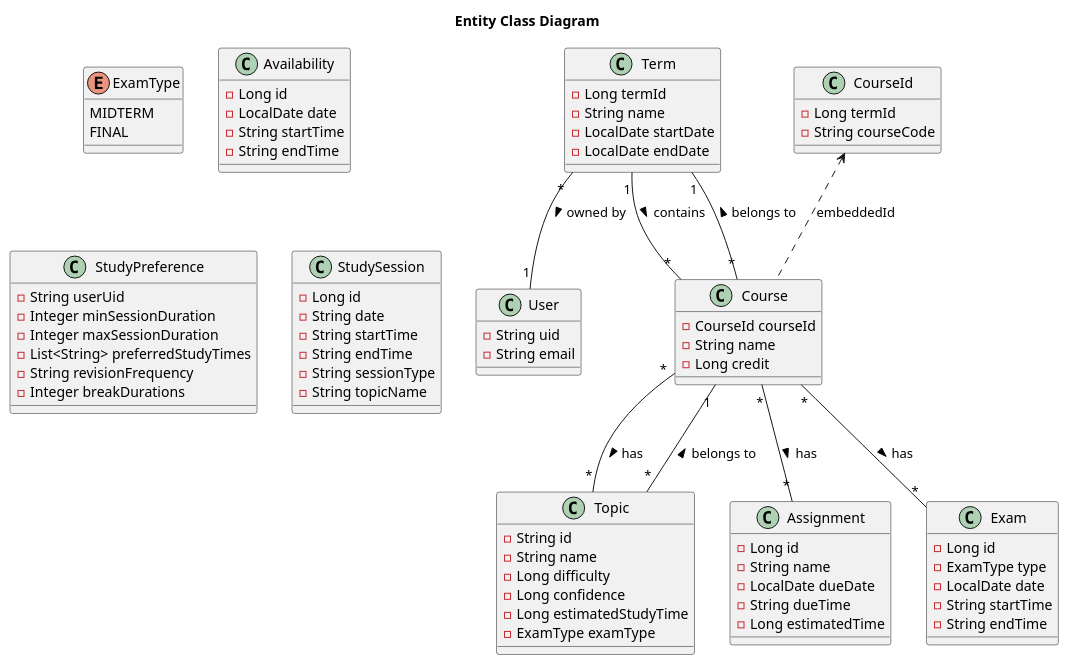
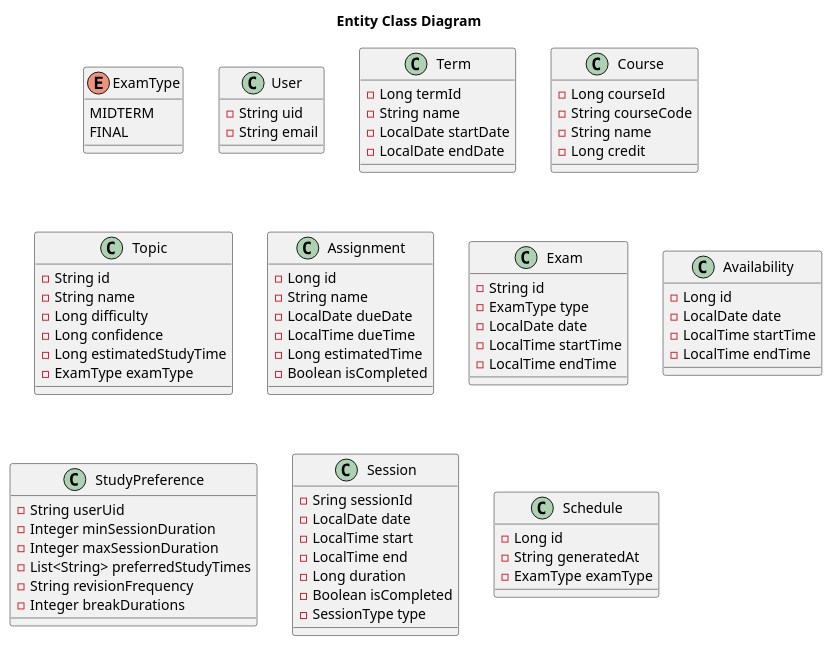
Before and after one commit to keerati5003/PlanMate-Diagram: the diagram in entity.puml, drawn with PlantUML. The commit also changed 13 other files, not shown here.

```diff
--- a/entity.puml
+++ b/entity.puml
@@ -1,91 +1,86 @@
 @startuml
 title Entity Class Diagram
 
 enum ExamType {
     MIDTERM
     FINAL
 }
 
 class User {
     - String uid
     - String email
 }
 
 class Term {
     - Long termId
     - String name
     - LocalDate startDate
     - LocalDate endDate
 }
 
-class CourseId {
-    - Long termId
+class Course {
+    - Long courseId
     - String courseCode
-}
-
-class Course {
-    - CourseId courseId
     - String name
     - Long credit
 }
 
 class Topic {
     - String id
     - String name
     - Long difficulty
     - Long confidence
     - Long estimatedStudyTime
     - ExamType examType
 }
 
 class Assignment {
     - Long id
     - String name
     - LocalDate dueDate
-    - String dueTime
+    - LocalTime dueTime
     - Long estimatedTime
+    - Boolean isCompleted
 }
 
 class Exam {
-    - Long id
+    - String id
     - ExamType type
     - LocalDate date
-    - String startTime
-    - String endTime
+    - LocalTime startTime
+    - LocalTime endTime
 }
 
 class Availability {
     - Long id
     - LocalDate date
-    - String startTime
-    - String endTime
+    - LocalTime startTime
+    - LocalTime endTime
 }
 
 class StudyPreference {
     - String userUid
     - Integer minSessionDuration
     - Integer maxSessionDuration
     - List<String> preferredStudyTimes
     - String revisionFrequency
     - Integer breakDurations
 }
 
-class StudySession {
-    - Long id
-    - String date
-    - String startTime
-    - String endTime
-    - String sessionType
-    - String topicName
+class Session {
+    - Sring sessionId
+    - LocalDate date
+    - LocalTime start
+    - LocalTime end
+    - Long duration
+    - Boolean isCompleted
+    - SessionType type
 }
 
-Term "1" -- "*" Course : contains >
-Course "*" -- "1" Term : belongs to >
-Course "*" -- "*" Topic : has >
-Course "*" -- "*" Assignment : has >
-Course "*" -- "*" Exam : has >
-Topic "*" -- "1" Course : belongs to >
-Term "*" -- "1" User : owned by >
-CourseId <.. Course : embeddedId
+class Schedule {
+    - Long id
+    - String generatedAt
+    - ExamType examType
+}
 
 @enduml
```
